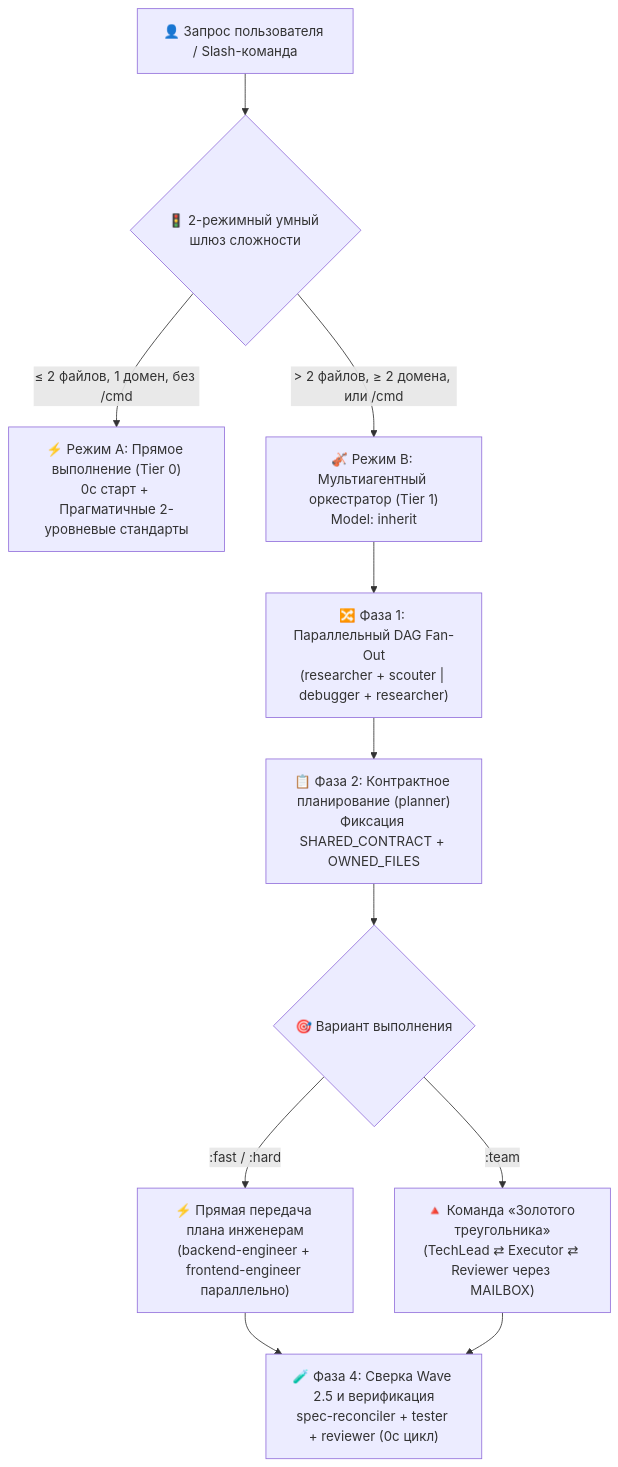
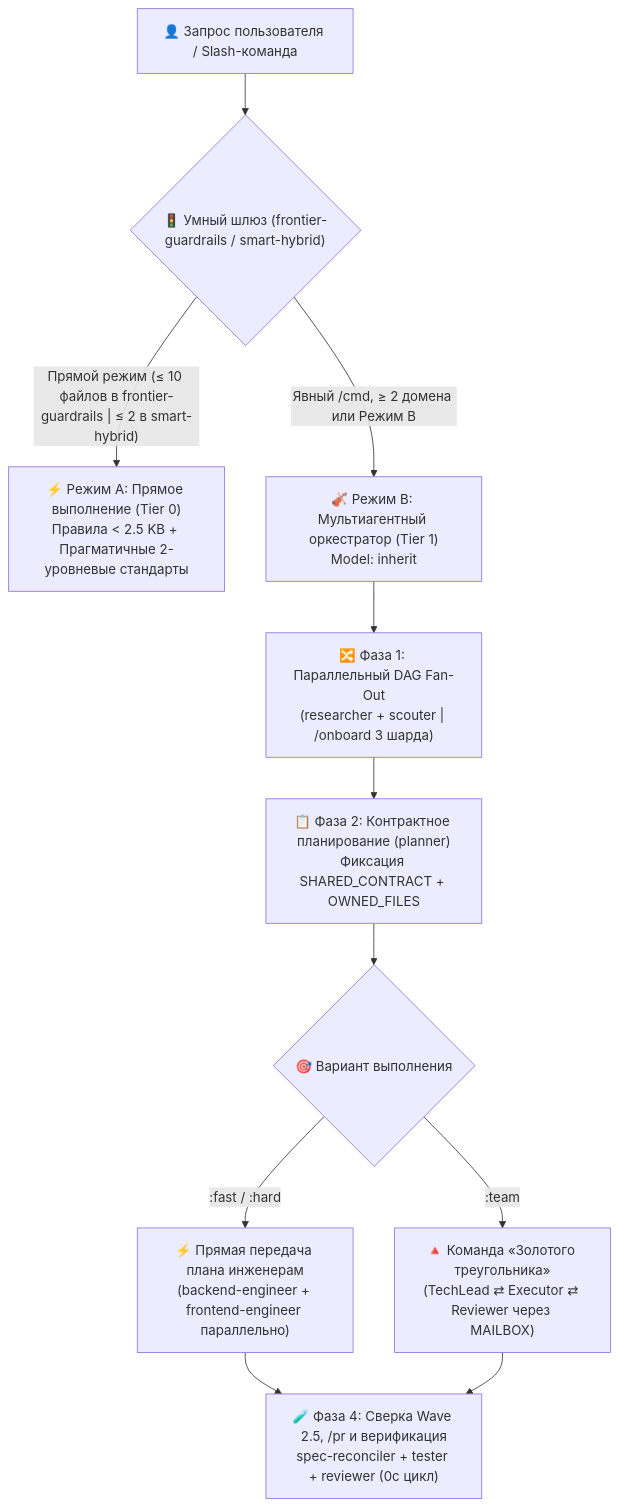
Before and after one commit to Kennyboom/BoomOpen-Workflow-Kit-Pro: the diagram in i18n/README.ru.md, drawn with Mermaid. The commit also changed other lines of this file and 99 other files, not shown here.

````diff
--- a/i18n/README.ru.md
+++ b/i18n/README.ru.md
@@ -49,16 +59,16 @@
 ```mermaid
 flowchart TD
-    User["👤 Запрос пользователя / Slash-команда"] --> Gate{"🚦 2-режимный умный шлюз сложности"}
-    Gate -->|"≤ 2 файлов, 1 домен, без /cmd"| ModeA["⚡ Режим A: Прямое выполнение (Tier 0)<br/>0с старт + Прагматичные 2-уровневые стандарты"]
-    Gate -->|"> 2 файлов, ≥ 2 домена, или /cmd"| ModeB["🎻 Режим B: Мультиагентный оркестратор (Tier 1)<br/>Model: inherit"]
+    User["👤 Запрос пользователя / Slash-команда"] --> Gate{"🚦 Умный шлюз (frontier-guardrails / smart-hybrid)"}
+    Gate -->|"Прямой режим (≤ 10 файлов в frontier-guardrails | ≤ 2 в smart-hybrid)"| ModeA["⚡ Режим A: Прямое выполнение (Tier 0)<br/>Правила < 2.5 KB + Прагматичные 2-уровневые стандарты"]
+    Gate -->|"Явный /cmd, ≥ 2 домена или Режим B"| ModeB["🎻 Режим B: Мультиагентный оркестратор (Tier 1)<br/>Model: inherit"]
 
-    ModeB --> FanOut["🔀 Фаза 1: Параллельный DAG Fan-Out<br/>(researcher + scouter | debugger + researcher)"]
+    ModeB --> FanOut["🔀 Фаза 1: Параллельный DAG Fan-Out<br/>(researcher + scouter | /onboard 3 шарда)"]
     FanOut --> Plan["📋 Фаза 2: Контрактное планирование (planner)<br/>Фиксация SHARED_CONTRACT + OWNED_FILES"]
     Plan --> Dispatch{"🎯 Вариант выполнения"}
 
     Dispatch -->|":fast / :hard"| Direct["⚡ Прямая передача плана инженерам<br/>(backend-engineer + frontend-engineer параллельно)"]
     Dispatch -->|":team"| Triangle["🔺 Команда «Золотого треугольника»<br/>(TechLead ⇄ Executor ⇄ Reviewer через MAILBOX)"]
 
-    Direct --> Verify["🧪 Фаза 4: Сверка Wave 2.5 и верификация<br/>spec-reconciler + tester + reviewer (0с цикл)"]
+    Direct --> Verify["🧪 Фаза 4: Сверка Wave 2.5, /pr и верификация<br/>spec-reconciler + tester + reviewer (0с цикл)"]
     Triangle --> Verify
 ```
````
